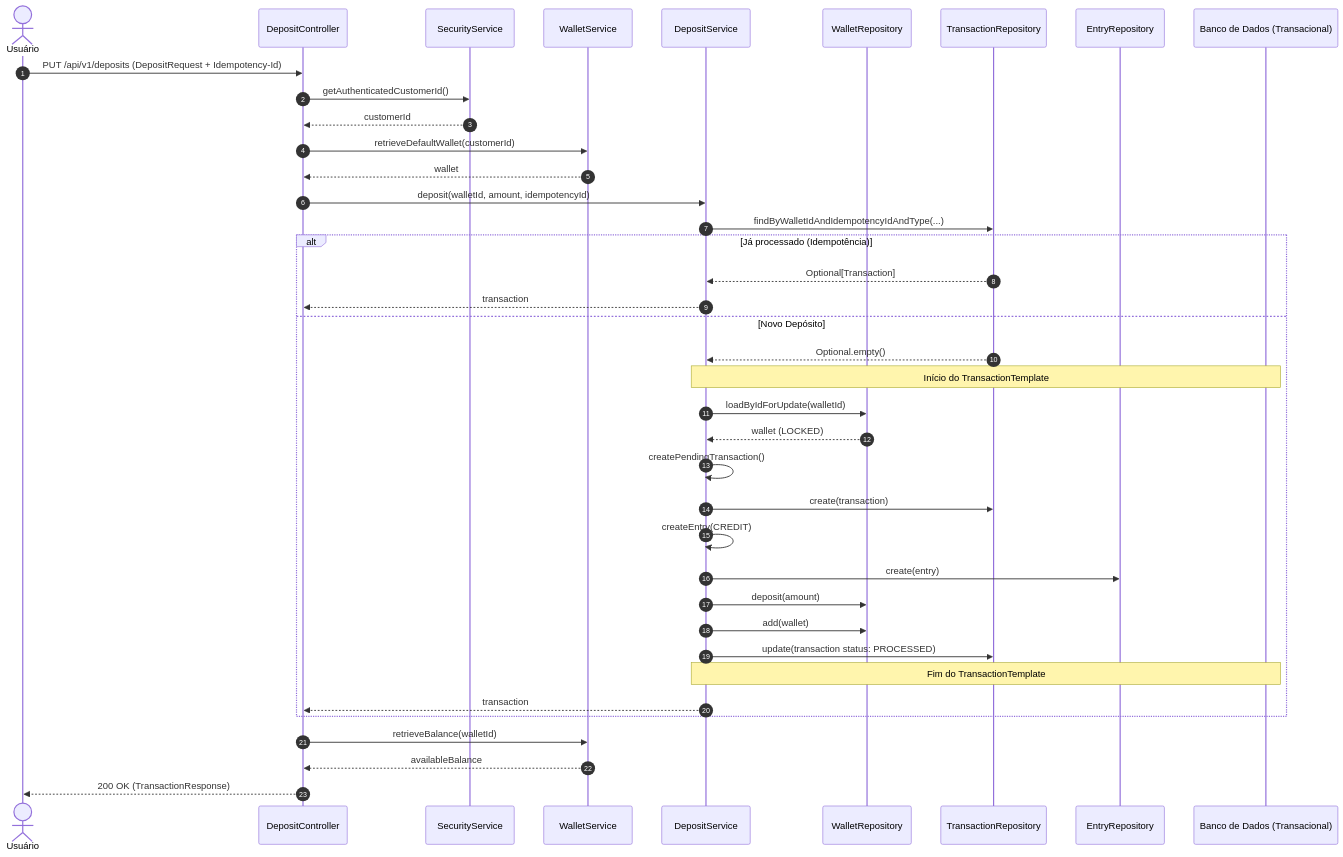
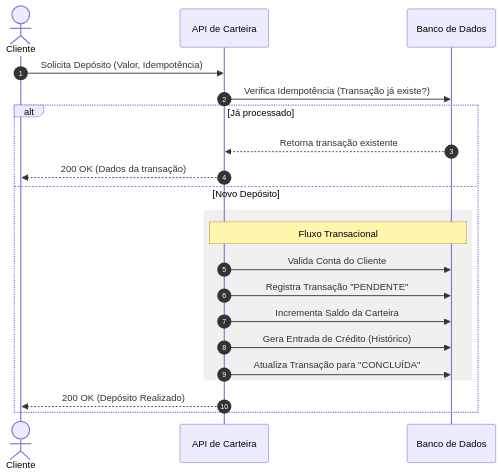
One commit to davidalmeida14/recargapay-wallet-service changed the diagram in docs/sequence-deposit.md. Above: the diagram before and after it, drawn with Mermaid. The commit also changed other lines of this file and 4 other files, not shown here.

Commit message:
Update sequence diagrams in documentation to reflect revised transactional flows and asynchronous processing

````diff
--- a/docs/sequence-deposit.md
+++ b/docs/sequence-deposit.md
@@ -5,52 +5,25 @@
 ```mermaid
 sequenceDiagram
     autonumber
-    actor Usuário
-    participant API as DepositController
-    participant Sec as SecurityService
-    participant WS as WalletService
-    participant DS as DepositService
-    participant WR as WalletRepository
-    participant TR as TransactionRepository
-    participant ER as EntryRepository
-    participant DB as Banco de Dados (Transacional)
+    actor Cliente
+    participant API as API de Carteira
+    participant DB as Banco de Dados
 
-    Usuário->>API: PUT /api/v1/deposits (DepositRequest + Idempotency-Id)
-    API->>Sec: getAuthenticatedCustomerId()
-    Sec-->>API: customerId
-    API->>WS: retrieveDefaultWallet(customerId)
-    WS-->>API: wallet
+    Cliente->>API: Solicita Depósito (Valor, Idempotência)
     
-    API->>DS: deposit(walletId, amount, idempotencyId)
-    
-    DS->>TR: findByWalletIdAndIdempotencyIdAndType(...)
-    alt Já processado (Idempotência)
-        TR-->>DS: Optional[Transaction]
-        DS-->>API: transaction
+    API->>DB: Verifica Idempotência (Transação já existe?)
+    alt Já processado
+        DB-->>API: Retorna transação existente
+        API-->>Cliente: 200 OK (Dados da transação)
     else Novo Depósito
-        TR-->>DS: Optional.empty()
-        
-        Note over DS, DB: Início do TransactionTemplate
-        DS->>WR: loadByIdForUpdate(walletId)
-        WR-->>DS: wallet (LOCKED)
-        
-        DS->>DS: createPendingTransaction()
-        DS->>TR: create(transaction)
-        
-        DS->>DS: createEntry(CREDIT)
-        DS->>ER: create(entry)
-        
-        DS->>WR: deposit(amount)
-        DS->>WR: add(wallet)
-        
-        DS->>TR: update(transaction status: PROCESSED)
-        Note over DS, DB: Fim do TransactionTemplate
-        
-        DS-->>API: transaction
+        rect rgb(240, 240, 240)
+            Note over API, DB: Fluxo Transacional
+            API->>DB: Valida Conta do Cliente
+            API->>DB: Registra Transação "PENDENTE"
+            API->>DB: Incrementa Saldo da Carteira
+            API->>DB: Gera Entrada de Crédito (Histórico)
+            API->>DB: Atualiza Transação para "CONCLUÍDA"
+        end
+        API-->>Cliente: 200 OK (Depósito Realizado)
     end
-    
-    API->>WS: retrieveBalance(walletId)
-    WS-->>API: availableBalance
-    
-    API-->>Usuário: 200 OK (TransactionResponse)
 ```
````
